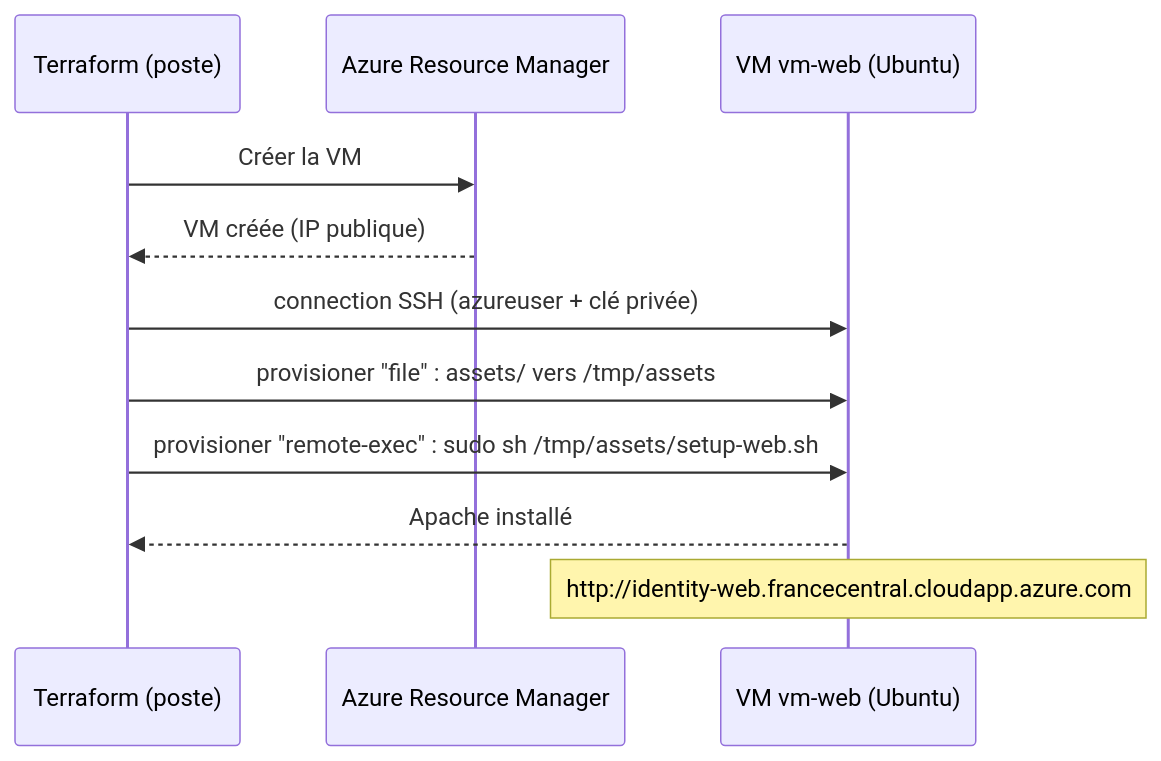
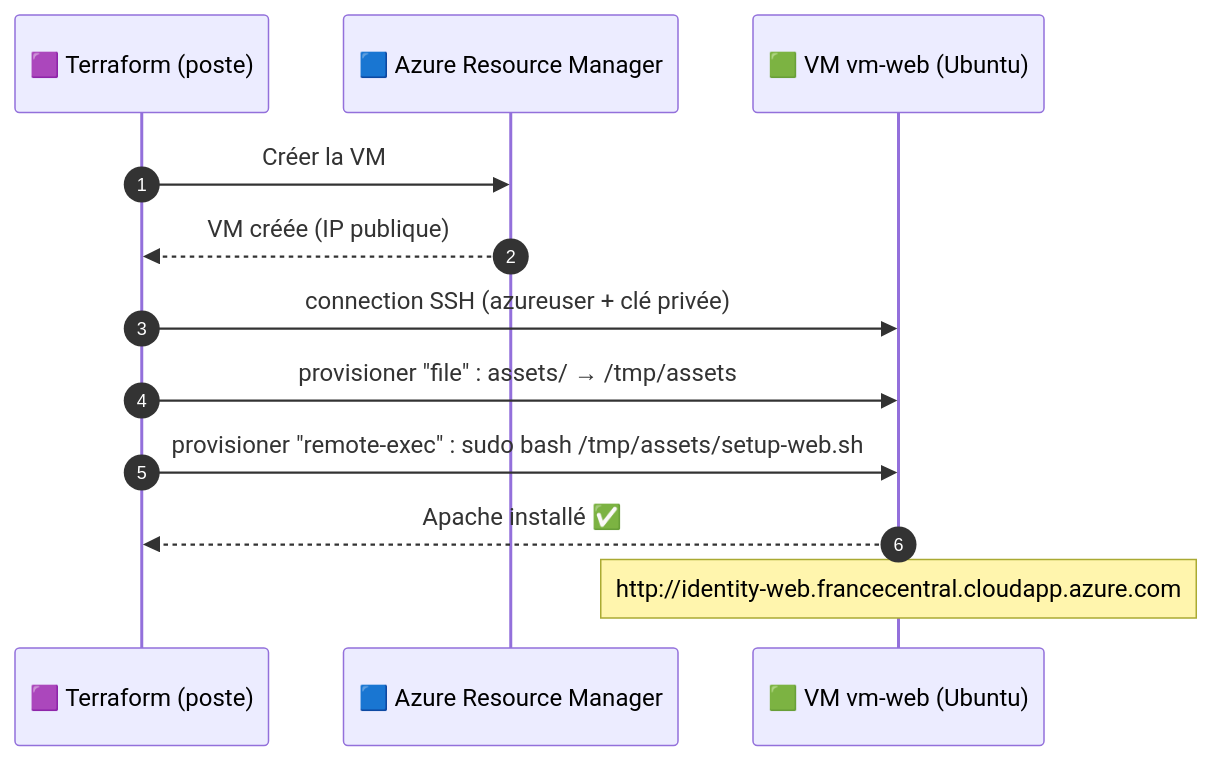
Before and after one commit to hajjiBel/terraform-azure-labs: the diagram in lab06-provisioners.md, drawn with Mermaid. The commit also changed other lines of this file and 158 other files, not shown here.

First line of the commit message:
Refonte des 16 labs Terraform Azure : énoncés colorés, corrigés, solutions, scripts formateur

````diff
--- a/lab06-provisioners.md
+++ b/lab06-provisioners.md
@@ -16,13 +20,14 @@
 ```mermaid
 sequenceDiagram
-    participant TF as Terraform (poste)
-    participant ARM as Azure Resource Manager
-    participant VM as VM vm-web (Ubuntu)
+    autonumber
+    participant TF as 🟪 Terraform (poste)
+    participant ARM as 🟦 Azure Resource Manager
+    participant VM as 🟩 VM vm-web (Ubuntu)
     TF->>ARM: Créer la VM
     ARM-->>TF: VM créée (IP publique)
     TF->>VM: connection SSH (azureuser + clé privée)
-    TF->>VM: provisioner "file" : assets/ vers /tmp/assets
-    TF->>VM: provisioner "remote-exec" : sudo sh /tmp/assets/setup-web.sh
-    VM-->>TF: Apache installé
+    TF->>VM: provisioner "file" : assets/ → /tmp/assets
+    TF->>VM: provisioner "remote-exec" : sudo bash /tmp/assets/setup-web.sh
+    VM-->>TF: Apache installé ✅
     Note over VM: http://identity-web.francecentral.cloudapp.azure.com
 ```
````
